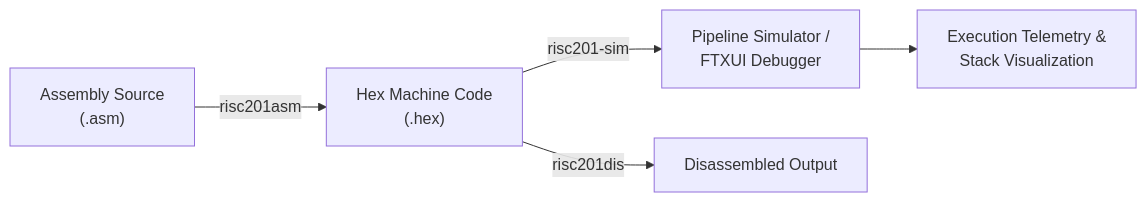
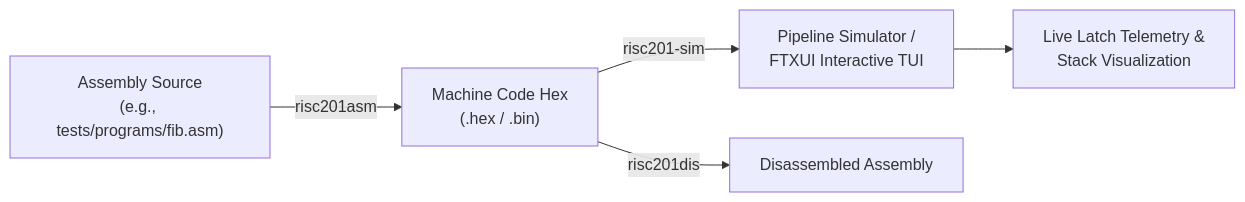
One commit to garv-iitr/Monolith changed the second of 2 diagrams in README.md. Above: the diagram before and after it, drawn with Mermaid. The commit also changed other lines of this file and 7 other files, not shown here.

Commit message:
Refactor documentation for RISC201 project: Update development log and compliance matrix in plan.md; enhance TUI manual with detailed usage instructions and interactive features in tui.md.

````diff
--- a/README.md
+++ b/README.md
@@ -64,7 +100,7 @@
 ```mermaid
 flowchart LR
-    ASM["Assembly Source<br/>(.asm)"] -->|"risc201asm"| HEX["Hex Machine Code<br/>(.hex)"]
-    HEX -->|"risc201-sim"| SIM["Pipeline Simulator /<br/>FTXUI Debugger"]
-    HEX -->|"risc201dis"| DIS["Disassembled Output"]
-    SIM --> LOG["Execution Telemetry &<br/>Stack Visualization"]
+    ASM["Assembly Source<br/>(e.g., tests/programs/fib.asm)"] -->|"risc201asm"| HEX["Machine Code Hex<br/>(.hex / .bin)"]
+    HEX -->|"risc201-sim"| SIM["Pipeline Simulator /<br/>FTXUI Interactive TUI"]
+    HEX -->|"risc201dis"| DIS["Disassembled Assembly"]
+    SIM --> TEL["Live Latch Telemetry &<br/>Stack Visualization"]
 ```
````
